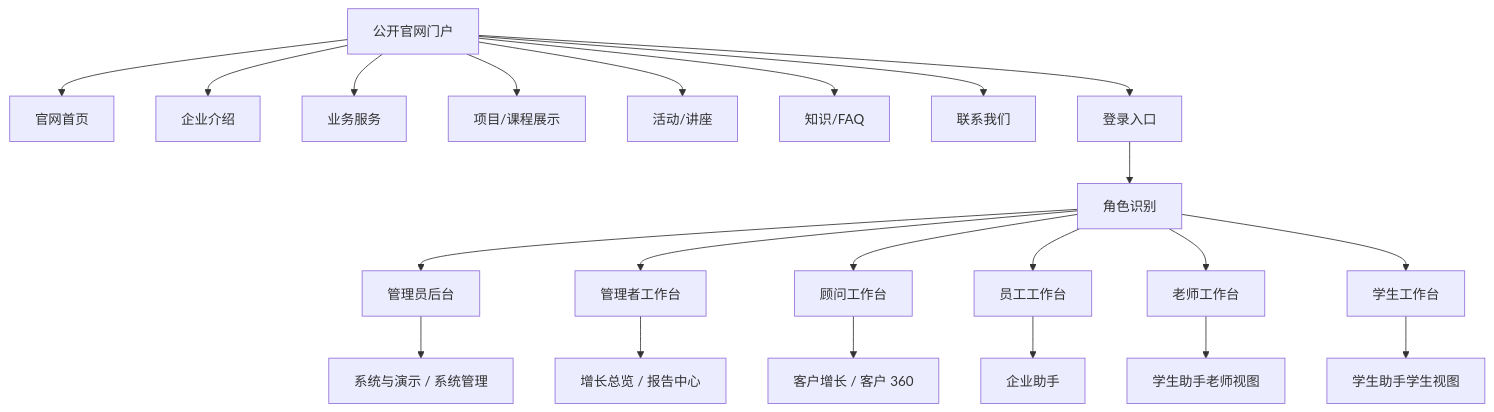
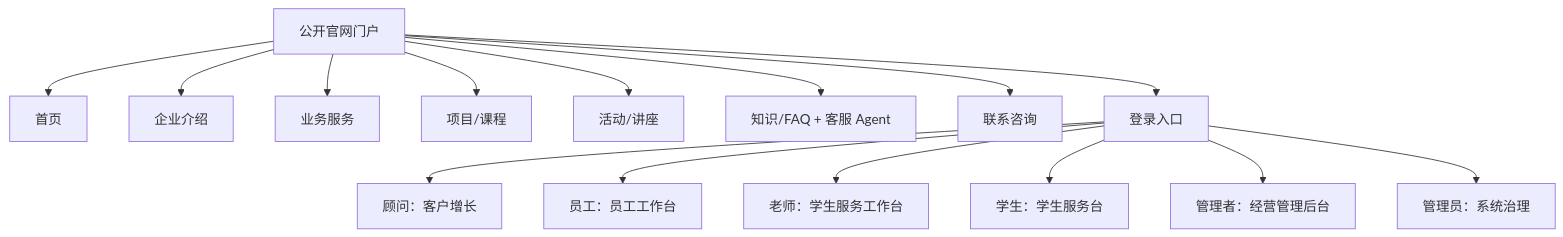
Before and after one commit to hu974632293-ai/jiaoyu-lxfw: the diagram in docs/prd/教育服务业务系统原型结构-v1.md, drawn with Mermaid. The commit also changed other lines of this file and 5 other files, not shown here.

````diff
--- a/docs/prd/教育服务业务系统原型结构-v1.md
+++ b/docs/prd/教育服务业务系统原型结构-v1.md
@@ -36,24 +36,17 @@
 ```mermaid
 flowchart TD
-  A["公开官网门户"] --> A1["官网首页"]
+  A["公开官网门户"] --> A1["首页"]
   A --> A2["企业介绍"]
   A --> A3["业务服务"]
-  A --> A4["项目/课程展示"]
+  A --> A4["项目/课程"]
   A --> A5["活动/讲座"]
-  A --> A6["知识/FAQ"]
-  A --> A7["联系我们"]
+  A --> A6["知识/FAQ + 客服 Agent"]
+  A --> A7["联系咨询"]
   A --> B["登录入口"]
-  B --> C["角色识别"]
-  C --> C1["管理员后台"]
-  C --> C2["管理者工作台"]
-  C --> C3["顾问工作台"]
-  C --> C4["员工工作台"]
-  C --> C5["老师工作台"]
-  C --> C6["学生工作台"]
-  C1 --> D["系统与演示 / 系统管理"]
-  C2 --> E["增长总览 / 报告中心"]
-  C3 --> F["客户增长 / 客户 360"]
-  C4 --> G["企业助手"]
-  C5 --> H["学生助手老师视图"]
-  C6 --> I["学生助手学生视图"]
+  B --> C1["顾问：客户增长"]
+  B --> C2["员工：员工工作台"]
+  B --> C3["老师：学生服务工作台"]
+  B --> C4["学生：学生服务台"]
+  B --> C5["管理者：经营管理后台"]
+  B --> C6["管理员：系统治理"]
 ```
````
